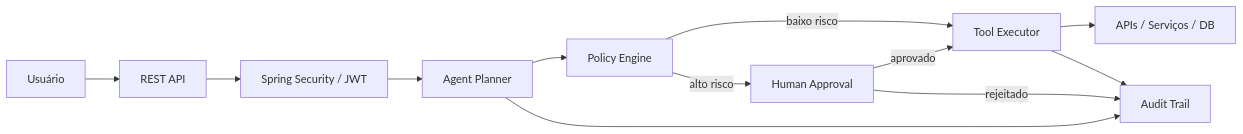
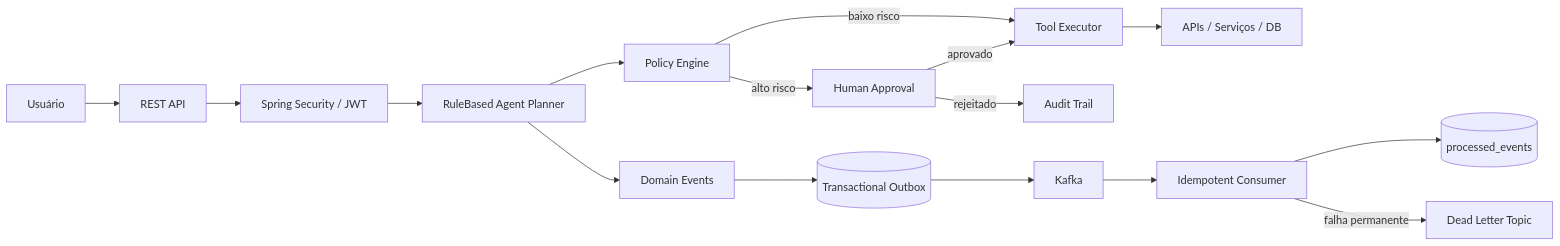
The diagram in README.md (juceliocoelho2022/secure-agent-hub), drawn with Mermaid before and after one commit. The commit also changed other lines of this file and 29 other files, not shown here.

First line of the commit message:
feat: complete v1.2 event-driven architecture

````diff
--- a/README.md
+++ b/README.md
@@ -52,14 +58,18 @@
 ```mermaid
 flowchart LR
     U[Usuário] --> API[REST API]
     API --> SEC[Spring Security / JWT]
-    SEC --> AG[Agent Planner]
+    SEC --> AG[RuleBased Agent Planner]
     AG --> POL[Policy Engine]
     POL -->|baixo risco| TOOL[Tool Executor]
     POL -->|alto risco| HITL[Human Approval]
     HITL -->|aprovado| TOOL
     HITL -->|rejeitado| AUD[Audit Trail]
     TOOL --> SYS[APIs / Serviços / DB]
-    TOOL --> AUD
-    AG --> AUD
+    AG --> EVT[Domain Events]
+    EVT --> OUT[(Transactional Outbox)]
+    OUT --> K[Kafka]
+    K --> CON[Idempotent Consumer]
+    CON --> PROC[(processed_events)]
+    CON -->|falha permanente| DLT[Dead Letter Topic]
 ```
````
